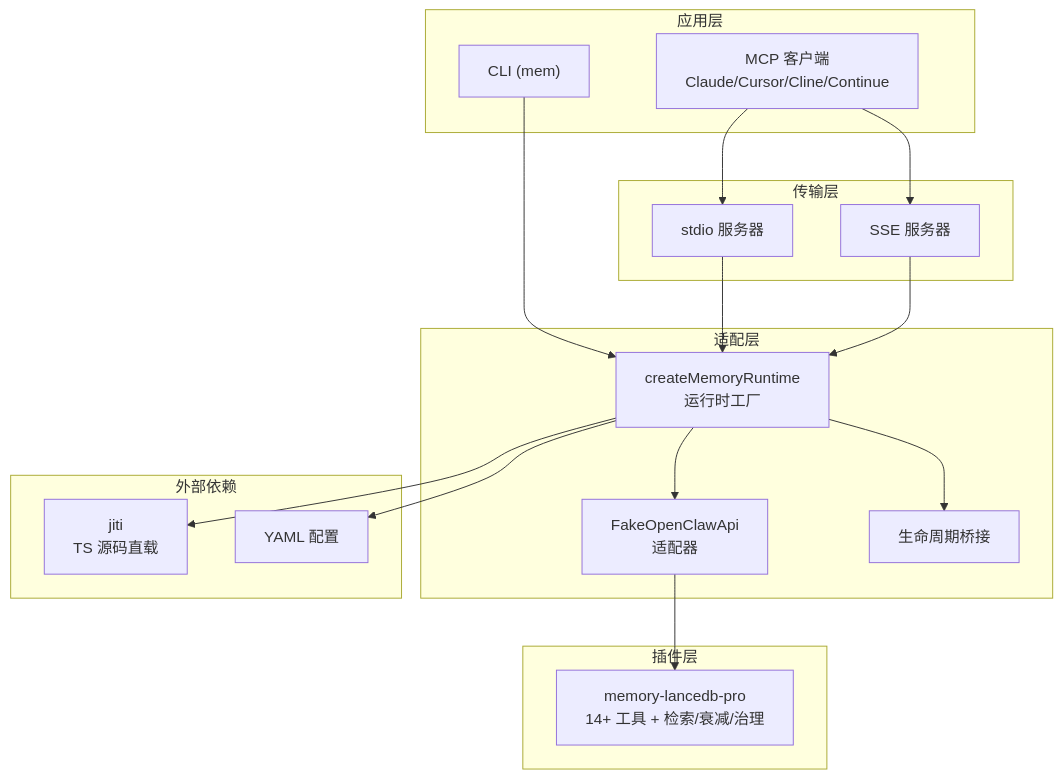
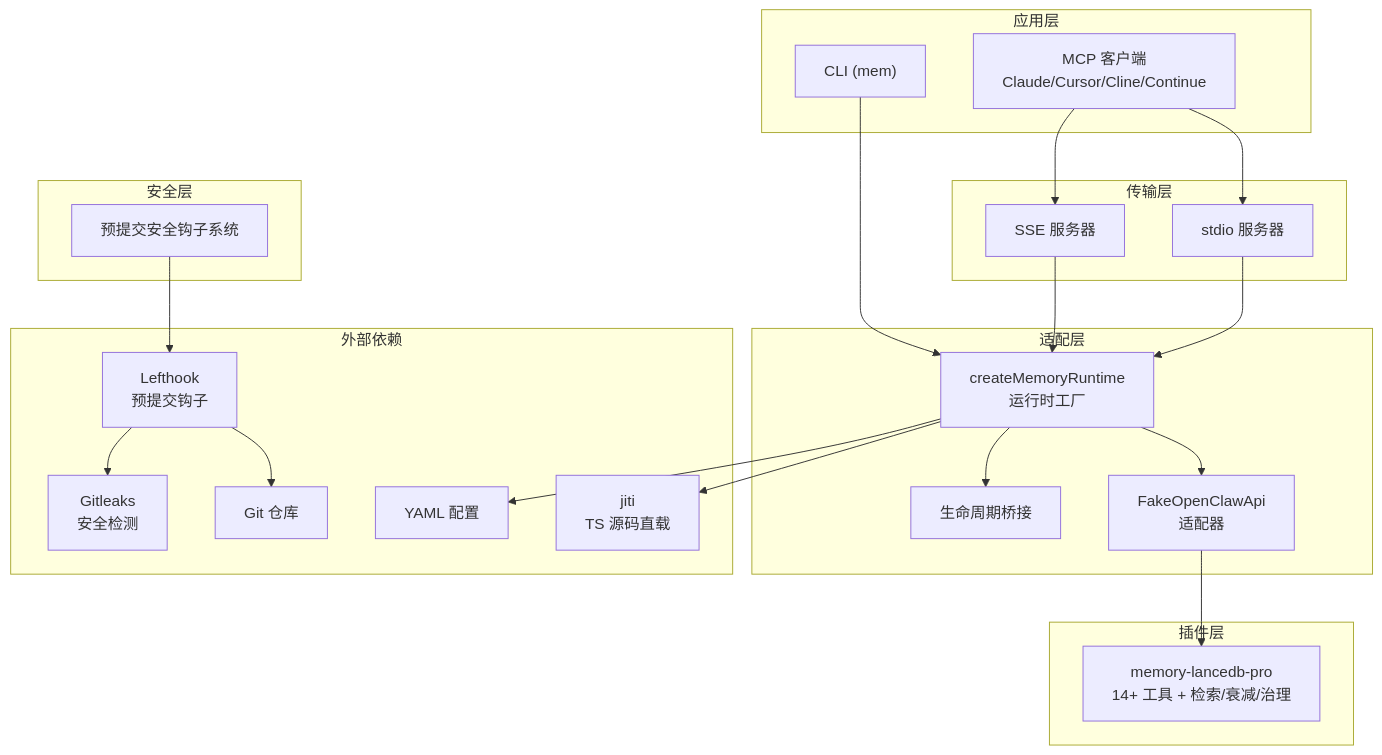
One commit to HACK-WU/memory-lancedb-mcp changed the second of 8 diagrams in .qoder/repowiki/zh/content/开发者指南/开发者指南.md. Above: the diagram before and after it, drawn with Mermaid. The commit also changed other lines of this file and 17 other files, not shown here.

````diff
--- a/.qoder/repowiki/zh/content/开发者指南/开发者指南.md
+++ b/.qoder/repowiki/zh/content/开发者指南/开发者指南.md
@@ -97,33 +121,42 @@
 ```mermaid
 graph TB
 subgraph "应用层"
 CLI["CLI (mem)"]
 MCP["MCP 客户端Claude/Cursor/Cline/Continue"]
 end
 subgraph "适配层"
 WRAP["createMemoryRuntime<br/>运行时工厂"]
 FAKE["FakeOpenClawApi<br/>适配器"]
 LIFE["生命周期桥接"]
 end
 subgraph "传输层"
 STDIO["stdio 服务器"]
 SSE["SSE 服务器"]
 end
 subgraph "插件层"
 PLUG["memory-lancedb-pro<br/>14+ 工具 + 检索/衰减/治理"]
 end
 subgraph "外部依赖"
 JITI["jiti<br/>TS 源码直载"]
 YAML["YAML 配置"]
+LEFTHOOK["Lefthook<br/>预提交钩子"]
+GIT["Git 仓库"]
+ENDHOOK["Gitleaks<br/>安全检测"]
+end
+subgraph "安全层"
+SECURITY["预提交安全钩子系统"]
 end
 CLI --> WRAP
 MCP --> STDIO
 MCP --> SSE
 WRAP --> FAKE
 WRAP --> LIFE
 FAKE --> PLUG
 WRAP --> JITI
 WRAP --> YAML
 STDIO --> WRAP
 SSE --> WRAP
+SECURITY --> LEFTHOOK
+LEFTHOOK --> GIT
+LEFTHOOK --> ENDHOOK
 ```
````
